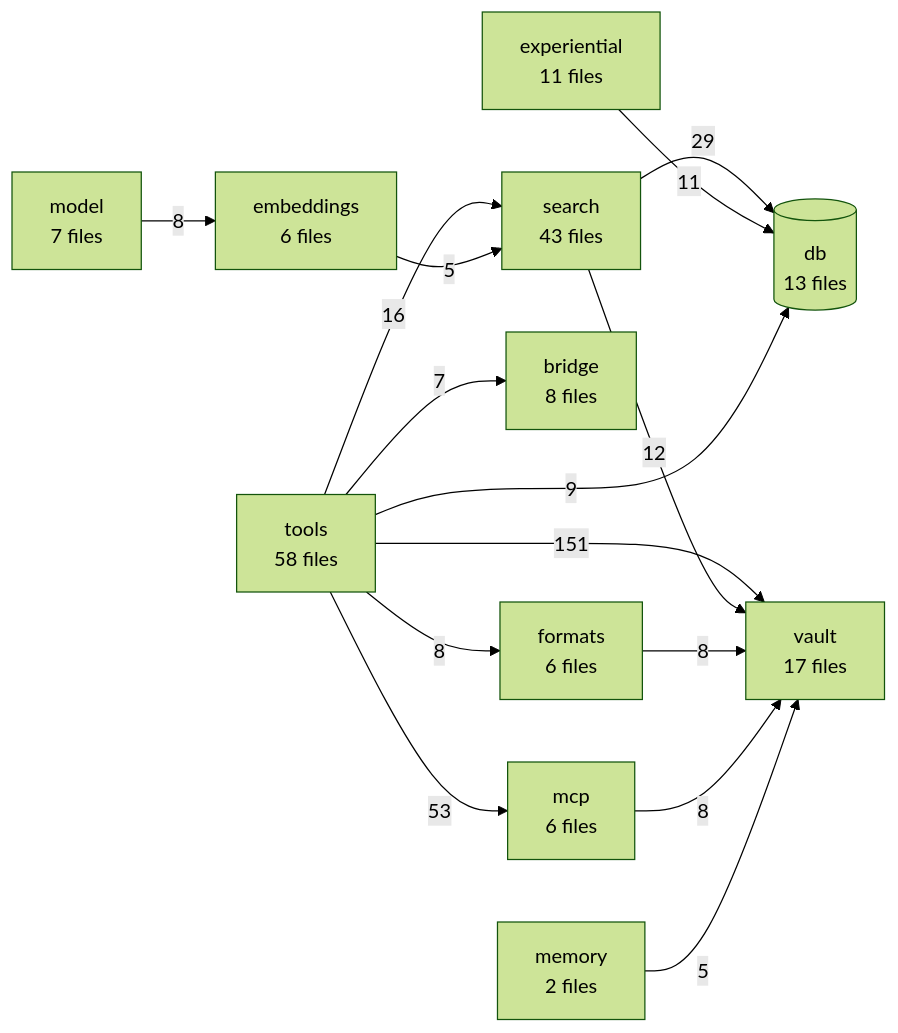
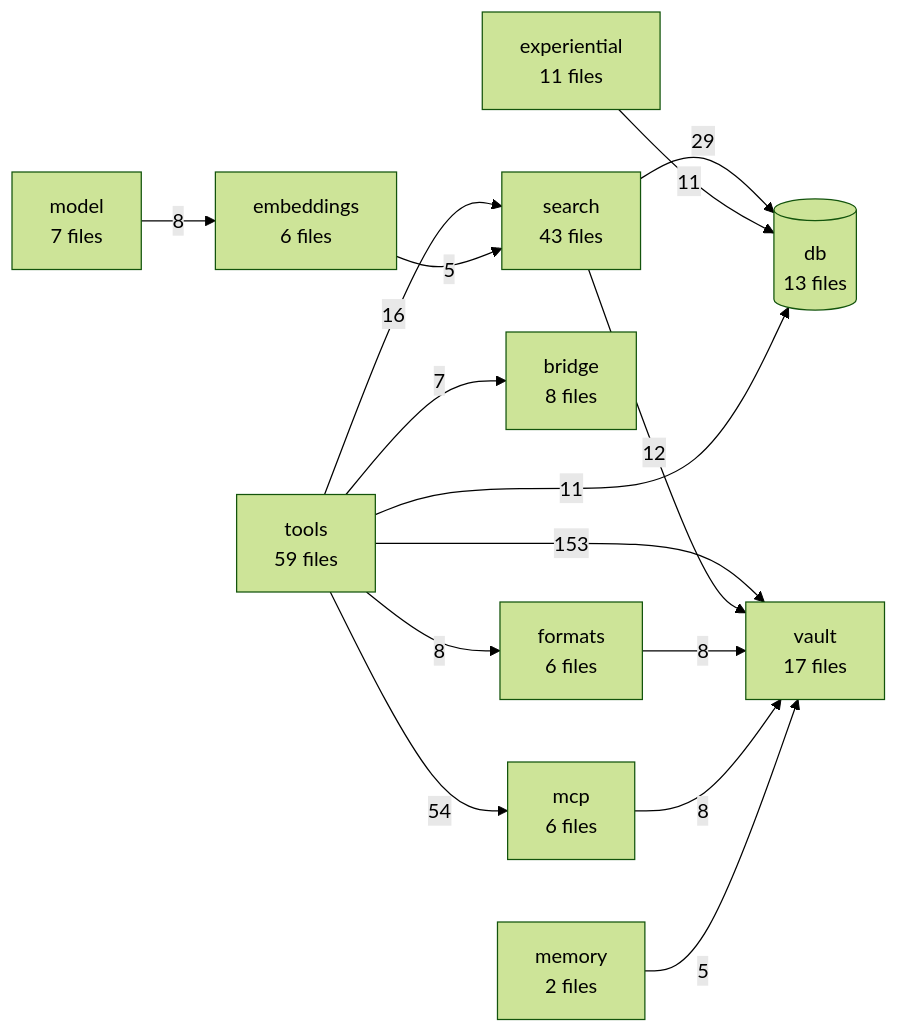
One commit to The-40-Thieves/obsidian-tc changed the diagram in TREE.md. Above: the diagram before and after it, drawn with Mermaid (forest theme). The commit also changed other lines of this file and 24 other files, not shown here.

First line of the commit message:
feat(THE-452): graph analytics tools — centrality, communities, path tracing (#436)

````diff
--- a/TREE.md
+++ b/TREE.md
@@ -205,29 +205,29 @@
 ```mermaid
 flowchart LR
-  tools[tools<br/>58 files]
+  tools[tools<br/>59 files]
   search[search<br/>43 files]
   vault[vault<br/>17 files]
   db[(db<br/>13 files)]
   experiential[experiential<br/>11 files]
   bridge[bridge<br/>8 files]
   model[model<br/>7 files]
   embeddings[embeddings<br/>6 files]
   formats[formats<br/>6 files]
   mcp[mcp<br/>6 files]
   memory[memory<br/>2 files]
 
-  tools -->|151| vault
-  tools -->|53| mcp
+  tools -->|153| vault
+  tools -->|54| mcp
   search -->|29| db
   tools -->|16| search
   search -->|12| vault
   experiential -->|11| db
-  tools -->|9| db
+  tools -->|11| db
   formats -->|8| vault
   mcp -->|8| vault
   model -->|8| embeddings
   tools -->|8| formats
   tools -->|7| bridge
   embeddings -->|5| search
   memory -->|5| vault
 ```
````
